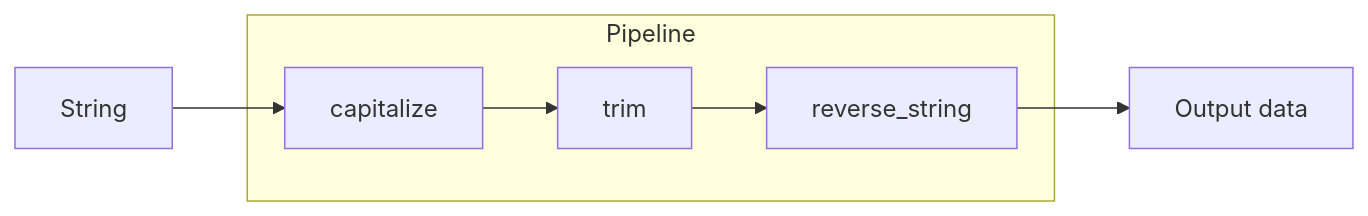
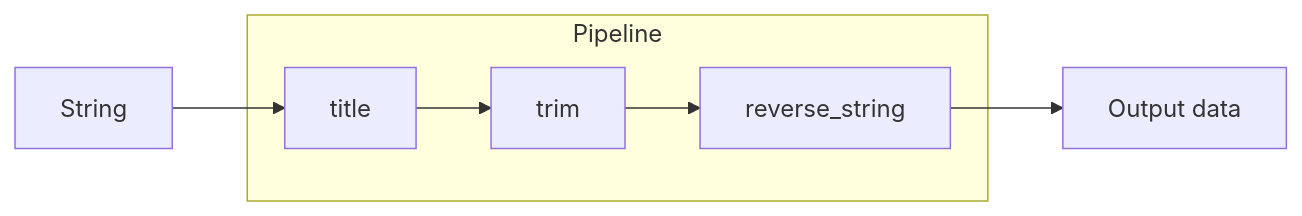
One commit to borkweb/borkpipeline changed the third of 7 diagrams in README.md. Above: the diagram before and after it, drawn with Mermaid. The commit also changed other lines of this file and 1 other file, not shown here.

````diff
--- a/README.md
+++ b/README.md
@@ -111,16 +111,16 @@
 ```mermaid
 flowchart LR
 	input[String]
 	subgraph Pipeline
-		pipe1[capitalize]
+		pipe1[title]
 		pipe2[trim]
 		pipe3[reverse_string]
 
 		pipe1 --> pipe2
 		pipe2 --> pipe3
 	end
 	output[Output data]
 
 	input --> pipe1
 	pipe3 --> output
 ```
````
